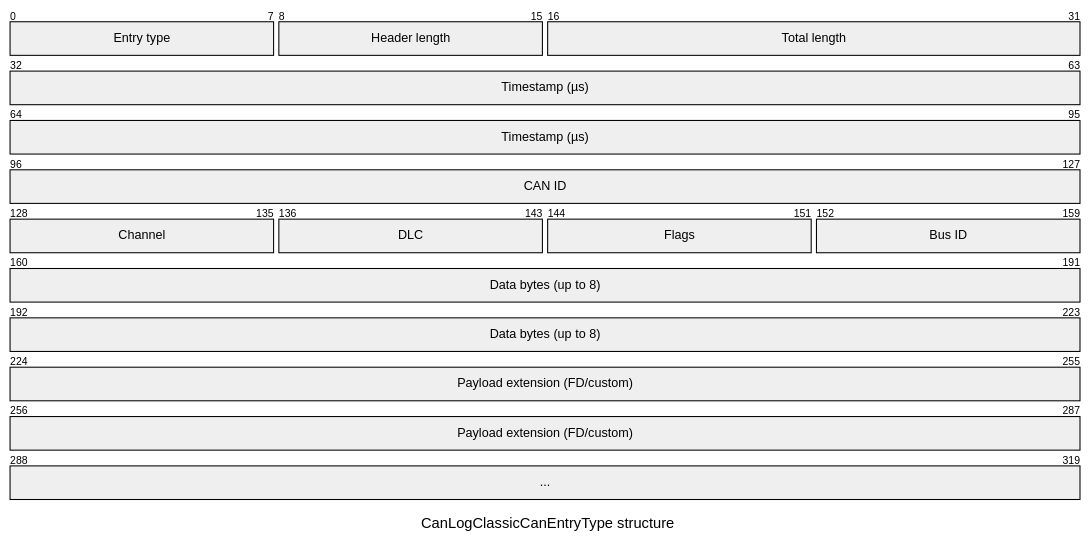
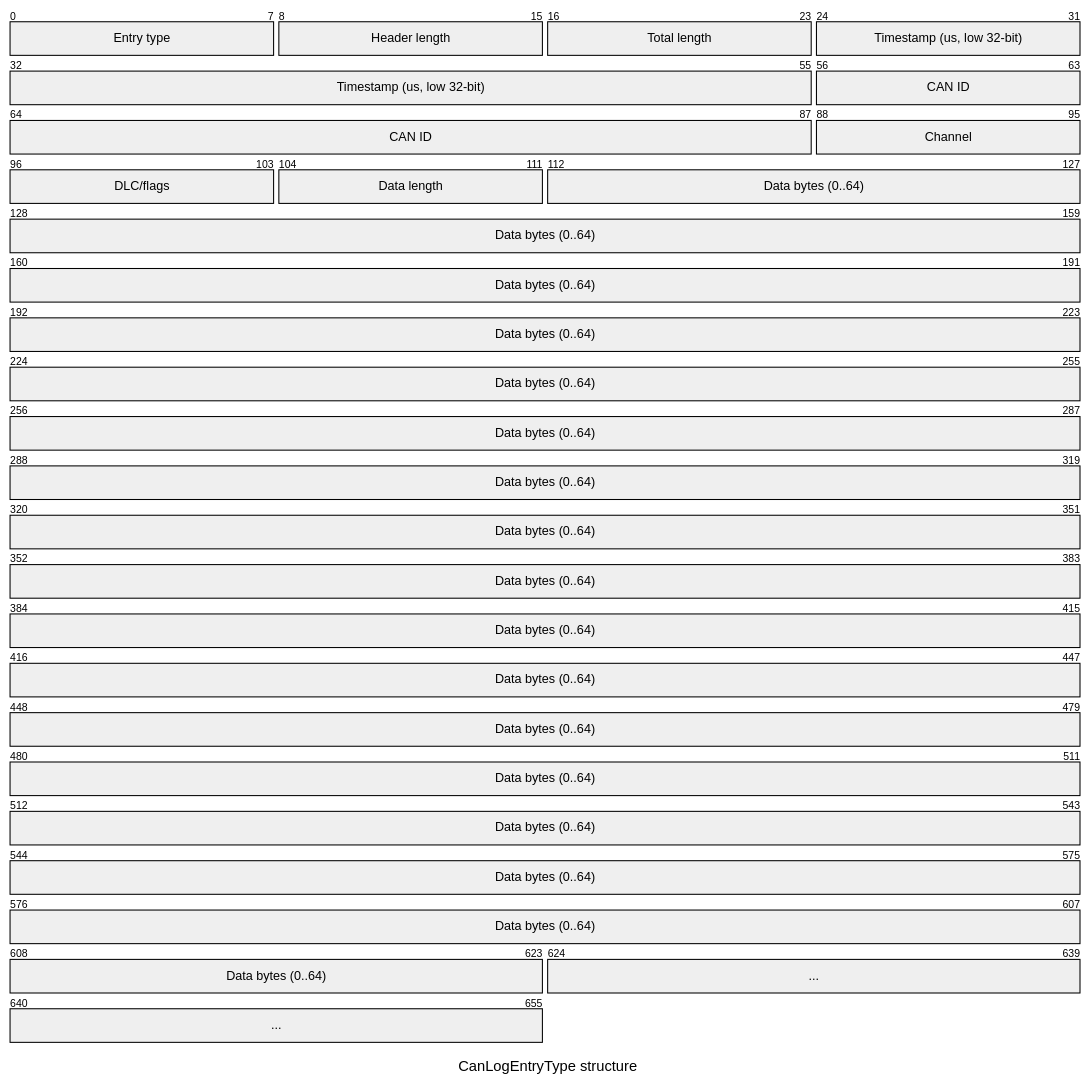
Before and after one commit to Clomann/stm32h7-CAN-sniffer: the diagram in doc/images/log_block_entry_packet.md, drawn with Mermaid. The commit also changed 18 other files, not shown here.

````diff
--- a/doc/images/log_block_entry_packet.md
+++ b/doc/images/log_block_entry_packet.md
@@ -1,19 +1,16 @@
 ```mermaid
 ---
-title: CanLogClassicCanEntryType structure
+title: CanLogEntryType structure
 ---
 packet-beta
     0-7: "Entry type"
     8-15: "Header length"
-    16-31: "Total length"
-    32-95: "Timestamp (µs)"
-    96-127: "CAN ID"
-    128-135: "Channel"
-    136-143: "DLC"
-    144-151: "Flags"
-    152-159: "Bus ID"
-    160-223: "Data bytes (up to 8)"
-    224-255: "Payload extension (FD/custom)"
-    256-287: "Payload extension (FD/custom)"
-    288-319: "..."
+    16-23: "Total length"
+    24-55: "Timestamp (us, low 32-bit)"
+    56-87: "CAN ID"
+    88-95: "Channel"
+    96-103: "DLC/flags"
+    104-111: "Data length"
+    112-623: "Data bytes (0..64)"
+    624-655: "..."
 ```
````
